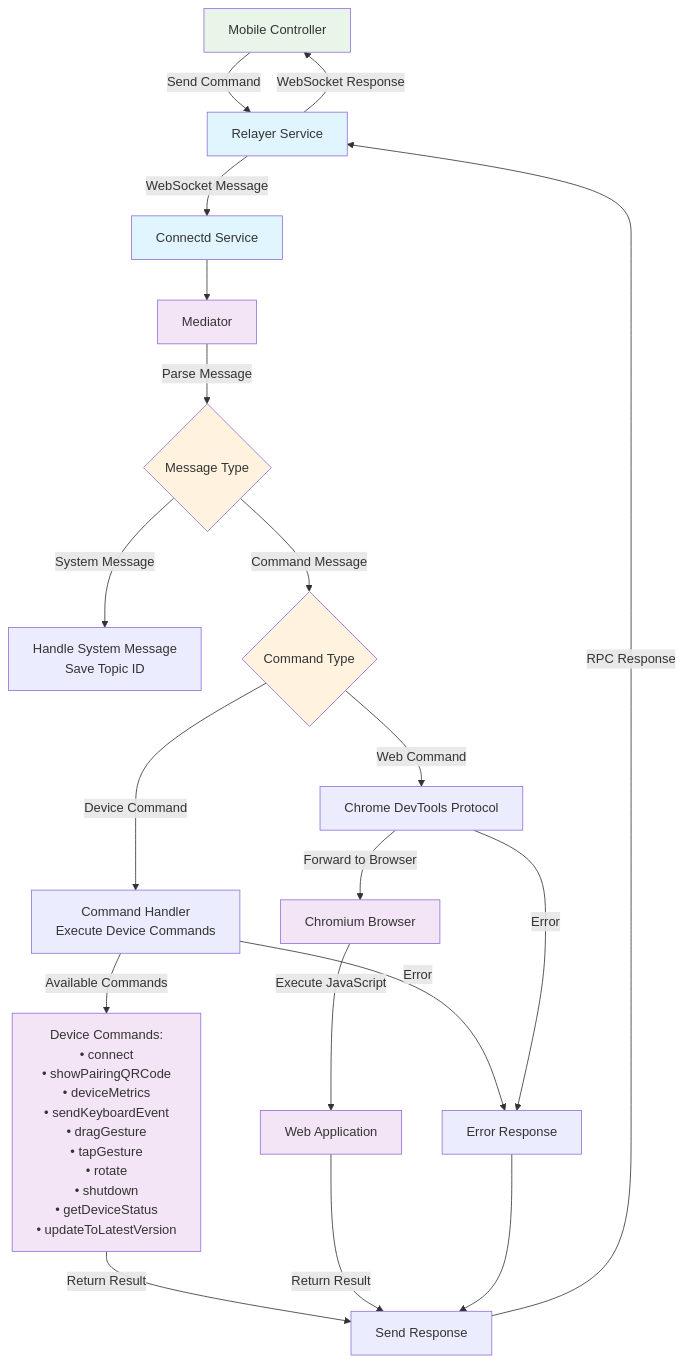
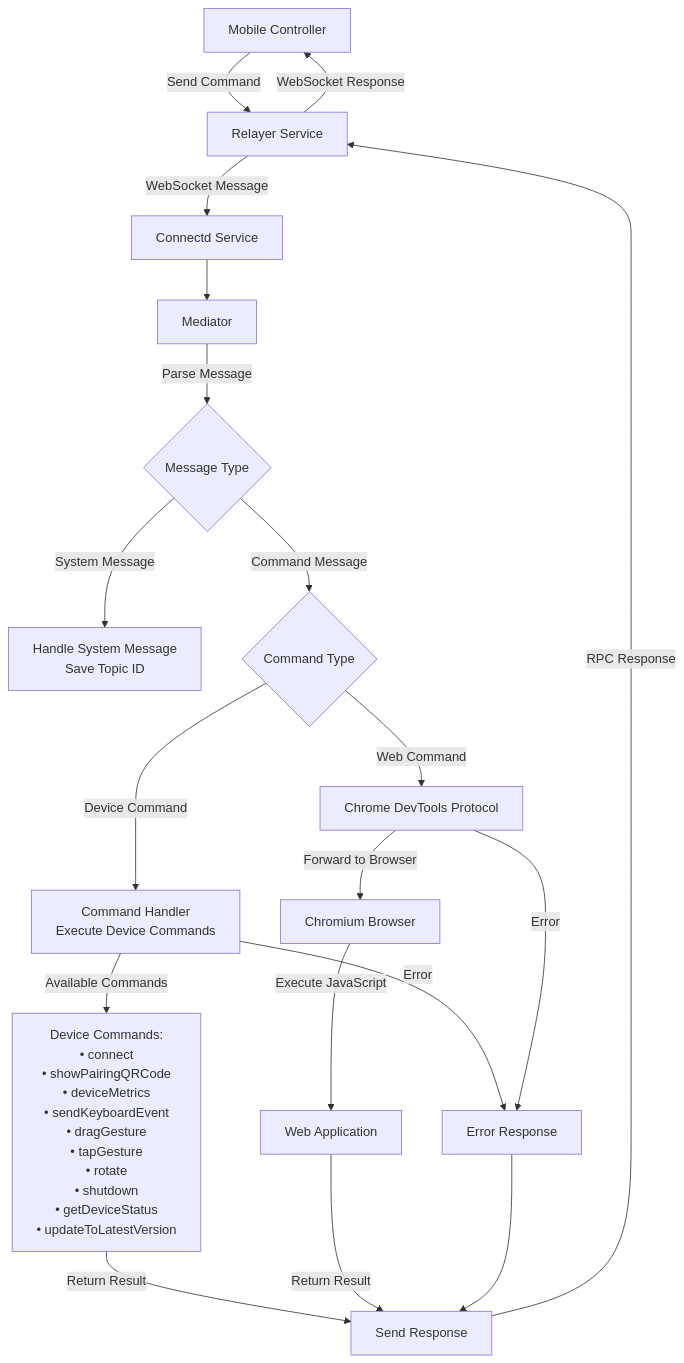
One commit to Feral-File/feralfile-device changed the third of 3 diagrams in DEVICE_LIFECYCLE.md. Above: the diagram before and after it, drawn with Mermaid.

Commit message:
[doc] remove styling for consistency

````diff
--- a/DEVICE_LIFECYCLE.md
+++ b/DEVICE_LIFECYCLE.md
@@ -50,44 +50,38 @@
 ```mermaid
 flowchart TD
     %% Command Flow from Mobile
     Mobile[Mobile Controller] --> |Send Command| Relayer[Relayer Service]
     Relayer --> |WebSocket Message| Connectd[Connectd Service]
     
     %% Command Processing
     Connectd --> Mediator[Mediator]
     Mediator --> |Parse Message| Parse{Message Type}
     
     Parse --> |System Message| System[Handle System Message<br/>Save Topic ID]
     Parse --> |Command Message| CmdType{Command Type}
     
     CmdType --> |Device Command| DeviceCmd[Command Handler<br/>Execute Device Commands]
     CmdType --> |Web Command| WebCmd[Chrome DevTools Protocol]
     
     DeviceCmd --> |Available Commands| Commands[Device Commands:<br/>• connect<br/>• showPairingQRCode<br/>• deviceMetrics<br/>• sendKeyboardEvent<br/>• dragGesture<br/>• tapGesture<br/>• rotate<br/>• shutdown<br/>• getDeviceStatus<br/>• updateToLatestVersion]
     
     WebCmd --> |Forward to Browser| Browser[Chromium Browser]
     Browser --> |Execute JavaScript| WebApp[Web Application]
     
     %% Response Flow
     Commands --> |Return Result| Response[Send Response]
     WebApp --> |Return Result| Response
     
     Response --> |RPC Response| Relayer
     Relayer --> |WebSocket Response| Mobile
     
     %% Error Handling
     DeviceCmd --> |Error| Error[Error Response]
     WebCmd --> |Error| Error
     Error --> Response
     
-    %% Styling
-    classDef service fill:#e1f5fe
-    classDef component fill:#f3e5f5
-    classDef decision fill:#fff3e0
-    classDef external fill:#e8f5e8
-    
     class Connectd,Relayer service
     class Mediator,Commands,Browser,WebApp component
     class Parse,CmdType decision
     class Mobile external
 ```
````
